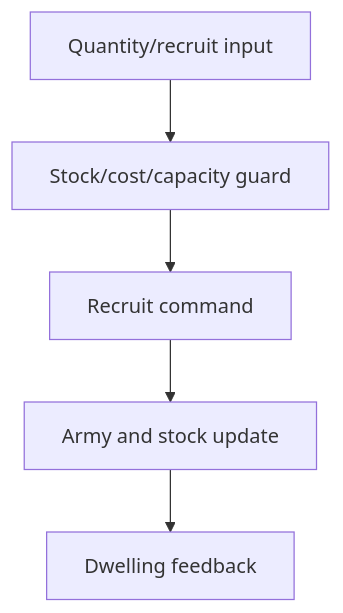
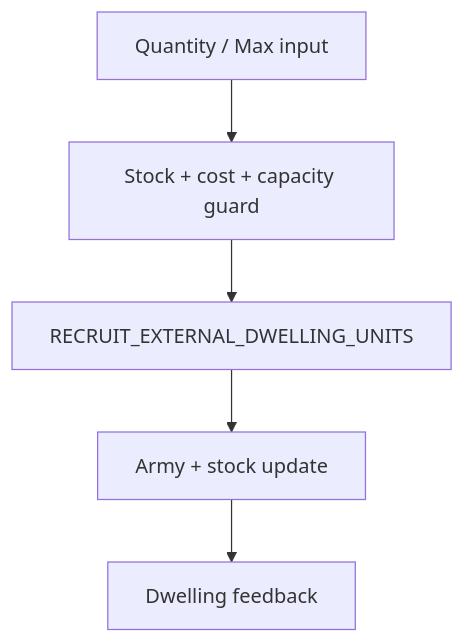
Before and after one commit to SunaNoOshiro/Heroes_Reforged_AI_Realms: the third of 5 diagrams in docs/architecture/wiki/screens/21-external-dwelling/architecture.md, drawn with Mermaid. The commit also changed other lines of this file and 518 other files, not shown here.

First line of the commit message:
Add doc-audit skill and sweep architecture/screen docs

````diff
--- a/docs/architecture/wiki/screens/21-external-dwelling/architecture.md
+++ b/docs/architecture/wiki/screens/21-external-dwelling/architecture.md
@@ -42,8 +51,8 @@
 ```mermaid
 flowchart TD
-  I0["Quantity/recruit input"] --> I1
-  I1["Stock/cost/capacity guard"] --> I2
-  I2["Recruit command"] --> I3
-  I3["Army and stock update"] --> I4
+  I0["Quantity / Max input"] --> I1
+  I1["Stock + cost + capacity guard"] --> I2
+  I2["RECRUIT_EXTERNAL_DWELLING_UNITS"] --> I3
+  I3["Army + stock update"] --> I4
   I4["Dwelling feedback"]
 ```
````
